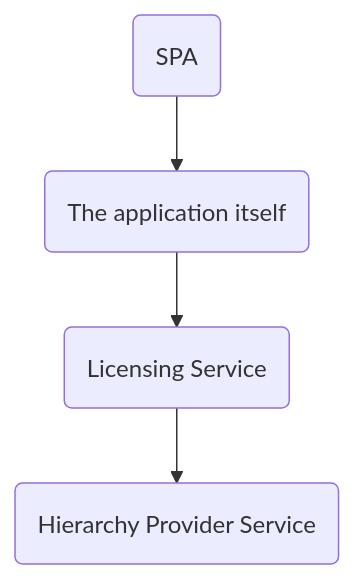
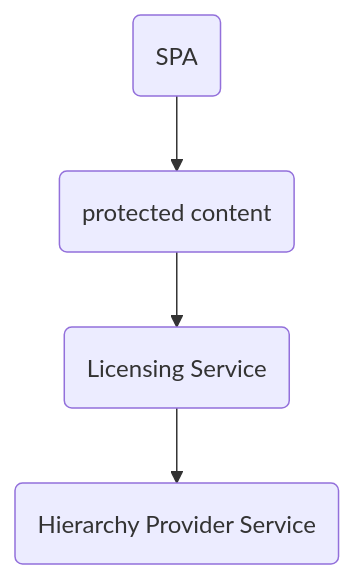
The second of 4 diagrams in docs/service-communication.md (bettermarks/license-manager-POC), drawn with Mermaid before and after one commit. The commit also changed other lines of this file and 1 other file, not shown here.

Commit message:
docs: service communication extended

````diff
--- a/docs/service-communication.md
+++ b/docs/service-communication.md
@@ -18,6 +23,11 @@
 ```mermaid
 flowchart TD
-LICS(Licensing Service)-->HIPS(Hierarchy Provider Service);
-SPA(SPA)-->APP(The application itself);
-APP(The application itself)-->LICS(Licensing Service)
+SPA(SPA)
+HIPS(Hierarchy Provider Service)
+LICS(Licensing Service)
+APP(protected content)
+
+LICS-->HIPS;
+SPA-->APP;
+APP-->LICS
 ```
````
